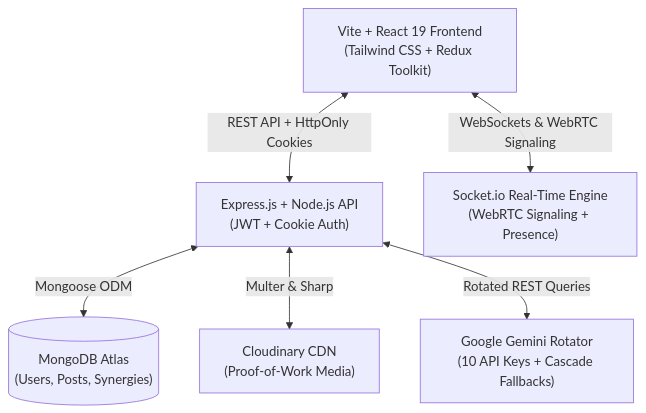
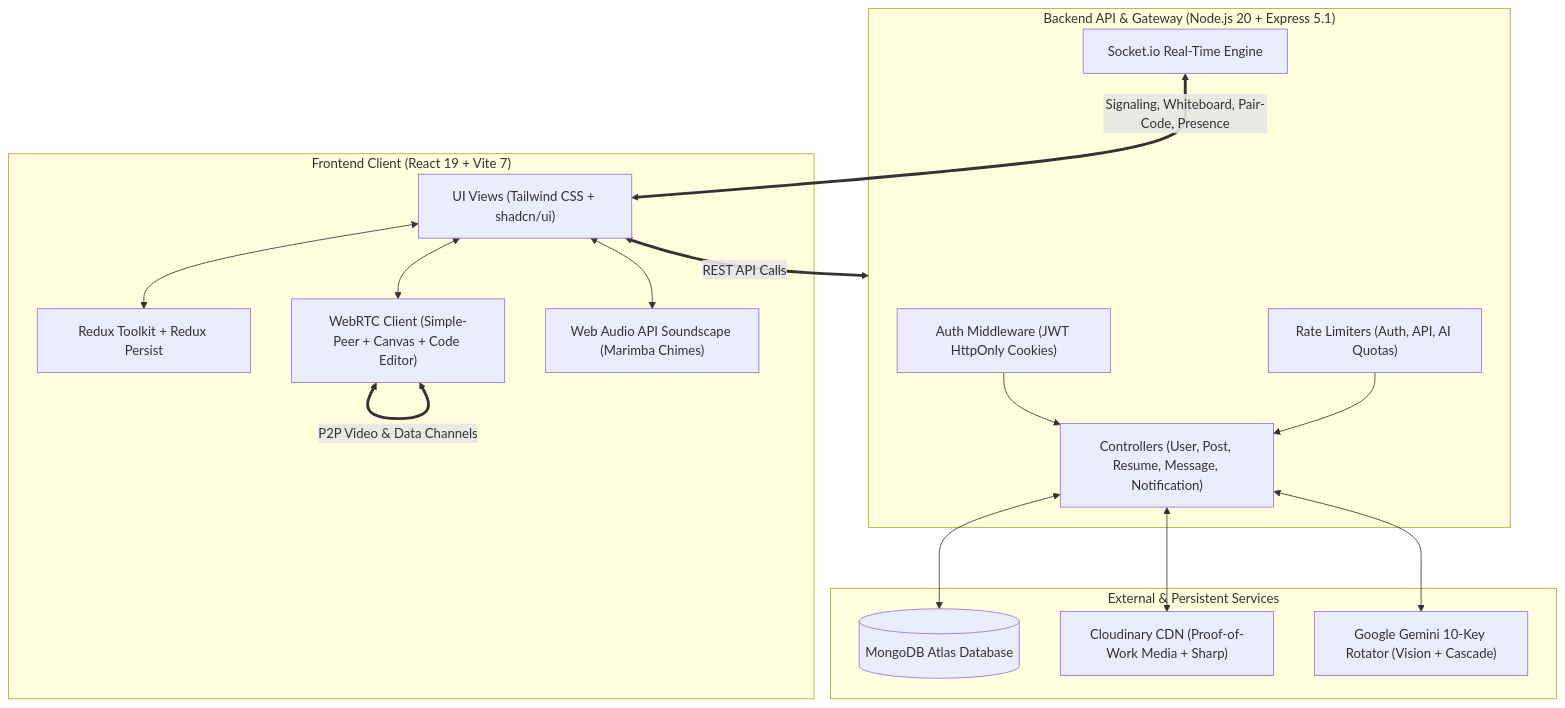
The diagram in README.md (siddhantsaxena45/Zocial), drawn with Mermaid before and after one commit. The commit also changed other lines of this file, not shown here.

````diff
--- a/README.md
+++ b/README.md
@@ -72,15 +126,36 @@
 ```mermaid
-graph TD
-    Client["Vite + React 19 Frontend<br/>(Tailwind CSS + Redux Toolkit)"]
-    Server["Express.js + Node.js API<br/>(JWT + Cookie Auth)"]
-    Socket["Socket.io Real-Time Engine<br/>(WebRTC Signaling + Presence)"]
-    DB[("MongoDB Atlas<br/>(Users, Posts, Synergies)")]
-    Cloudinary["Cloudinary CDN<br/>(Proof-of-Work Media)"]
-    Gemini["Google Gemini Rotator<br/>(10 API Keys + Cascade Fallbacks)"]
+flowchart TD
+    subgraph ClientLayer["Frontend Client (React 19 + Vite 7)"]
+        UI["UI Views (Tailwind CSS + shadcn/ui)"]
+        Redux["Redux Toolkit + Redux Persist"]
+        WebRTC["WebRTC Client (Simple-Peer + Canvas + Code Editor)"]
+        Audio["Web Audio API Soundscape (Marimba Chimes)"]
+    end
 
-    Client <-->|REST API + HttpOnly Cookies| Server
-    Client <-->|WebSockets & WebRTC Signaling| Socket
-    Server <-->|Mongoose ODM| DB
-    Server <-->|Multer & Sharp| Cloudinary
-    Server <-->|Rotated REST Queries| Gemini
+    subgraph GatewayLayer["Backend API & Gateway (Node.js 20 + Express 5.1)"]
+        AuthMid["Auth Middleware (JWT HttpOnly Cookies)"]
+        RateLimiter["Rate Limiters (Auth, API, AI Quotas)"]
+        Controllers["Controllers (User, Post, Resume, Message, Notification)"]
+        SocketEngine["Socket.io Real-Time Engine"]
+    end
+
+    subgraph ServiceLayer["External & Persistent Services"]
+        MongoDB[("MongoDB Atlas Database")]
+        Cloudinary["Cloudinary CDN (Proof-of-Work Media + Sharp)"]
+        GeminiFleet["Google Gemini 10-Key Rotator (Vision + Cascade)"]
+    end
+
+    UI <--> Redux
+    UI <--> WebRTC
+    UI <--> Audio
+
+    UI <==>|REST API Calls| GatewayLayer
+    WebRTC <==>|P2P Video & Data Channels| WebRTC
+    SocketEngine <==>|Signaling, Whiteboard, Pair-Code, Presence| UI
+
+    AuthMid --> Controllers
+    RateLimiter --> Controllers
+    Controllers <--> MongoDB
+    Controllers <--> Cloudinary
+    Controllers <--> GeminiFleet
 ```
````
